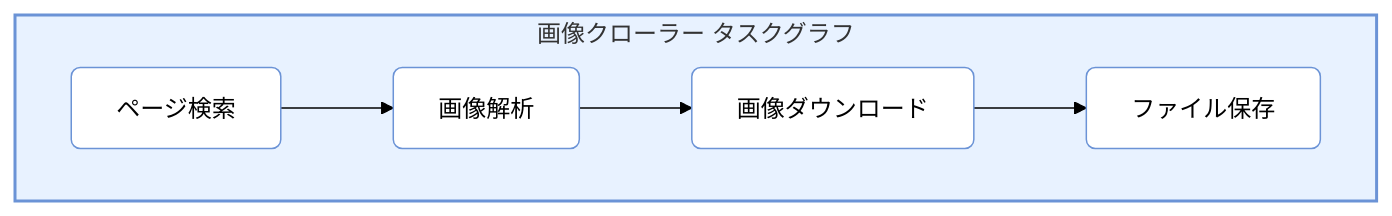
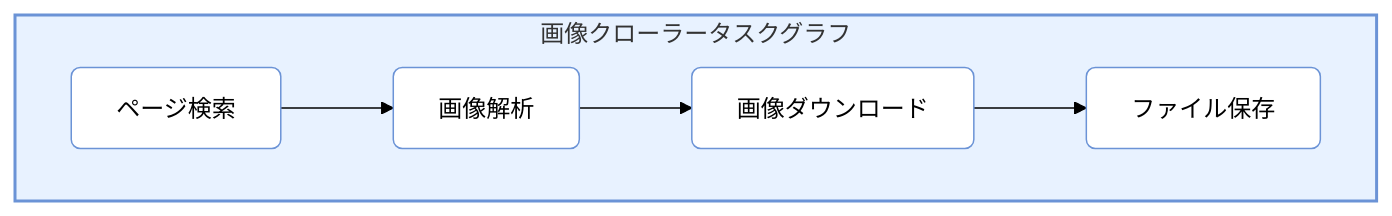
The diagram in docs/ja/tutorial.md (Mr-xiaotian/CelestialFlow), drawn with Mermaid (forest theme) before and after one commit. The commit also changed other lines of this file and 23 other files, not shown here.

````diff
--- a/docs/ja/tutorial.md
+++ b/docs/ja/tutorial.md
@@ -36,19 +36,19 @@
 ```mermaid
 flowchart LR
-    subgraph TG[画像クローラー タスクグラフ]
+    subgraph TG[画像クローラータスクグラフ]
         direction LR
         
         S1[ページ検索]
         S2[画像解析]
         S3[画像ダウンロード]
         S4[ファイル保存]
         
         S1 --> S2
         S2 --> S3
         S3 --> S4
     end
     
     style TG fill:#e8f2ff,stroke:#6b93d6,stroke-width:2px
     classDef blueNode fill:#ffffff,stroke:#6b93d6,rx:6px,ry:6px;
     class S1,S2,S3,S4 blueNode;
 ```
````
